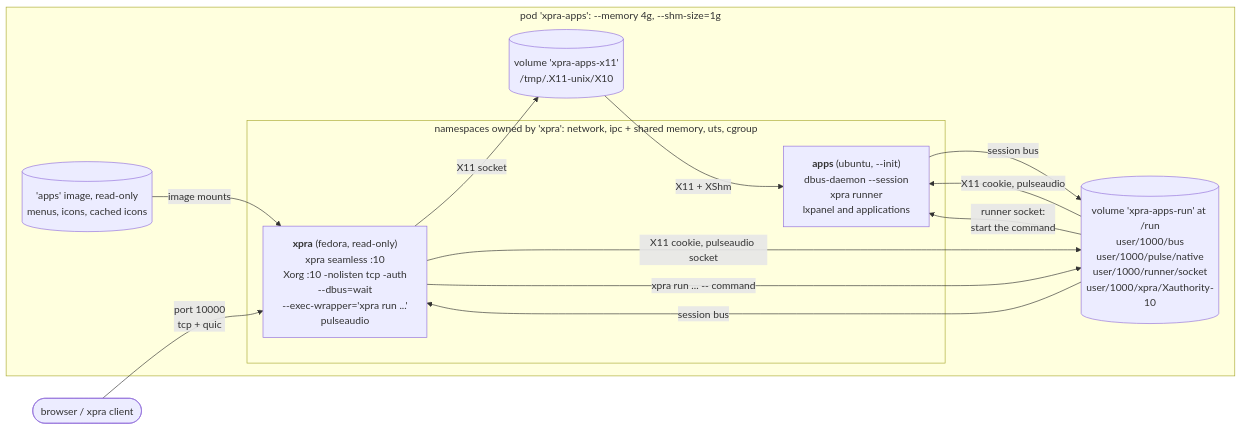
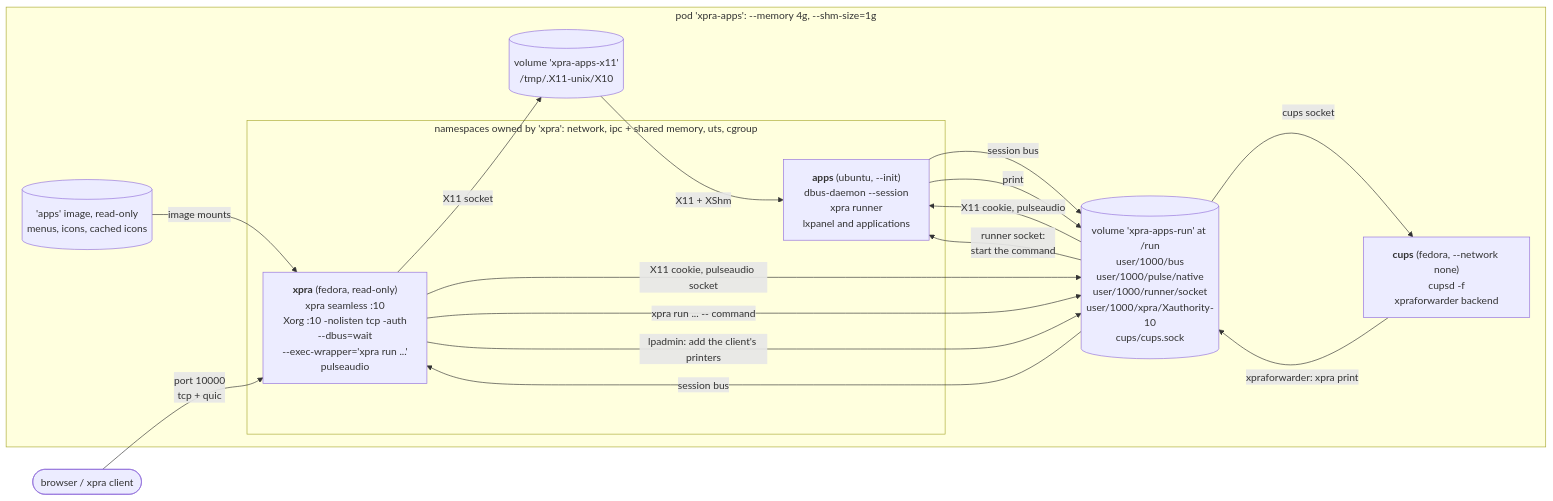
Before and after one commit to Xpra-org/xpra: the first of 3 diagrams in packaging/containers/podman/xpra-apps/README.md, drawn with Mermaid. The commit also changed other lines of this file and 12 other files, not shown here.

````diff
--- a/packaging/containers/podman/xpra-apps/README.md
+++ b/packaging/containers/podman/xpra-apps/README.md
@@ -17,25 +20,30 @@
 ```mermaid
 flowchart LR
     client(["browser / xpra client"])
 
     subgraph pod["pod 'xpra-apps': --memory 4g, --shm-size=1g"]
         subgraph ns["namespaces owned by 'xpra': network, ipc + shared memory, uts, cgroup"]
             xpra["<b>xpra</b> (fedora, read-only)<br/>xpra seamless :10<br/>Xorg :10 -nolisten tcp -auth<br/>--dbus=wait<br/>--exec-wrapper='xpra run ...'<br/>pulseaudio"]
             apps["<b>apps</b> (ubuntu, --init)<br/>dbus-daemon --session<br/>xpra runner<br/>lxpanel and applications"]
         end
+        cups["<b>cups</b> (fedora, --network none)<br/>cupsd -f<br/>xpraforwarder backend"]
         menus[("'apps' image, read-only<br/>menus, icons, cached icons")]
         x11[("volume 'xpra-apps-x11'<br/>/tmp/.X11-unix/X10")]
-        run[("volume 'xpra-apps-run' at /run<br/>user/1000/bus<br/>user/1000/pulse/native<br/>user/1000/runner/socket<br/>user/1000/xpra/Xauthority-10")]
+        run[("volume 'xpra-apps-run' at /run<br/>user/1000/bus<br/>user/1000/pulse/native<br/>user/1000/runner/socket<br/>user/1000/xpra/Xauthority-10<br/>cups/cups.sock")]
     end
 
     client -- "port 10000<br/>tcp + quic" --> xpra
     xpra -- "X11 socket" --> x11
     xpra -- "X11 cookie, pulseaudio socket" --> run
     x11 -- "X11 + XShm" --> apps
     apps -- "session bus" --> run
     run -- "session bus" --> xpra
     run -- "X11 cookie, pulseaudio" --> apps
     xpra -- "xpra run ... -- command" --> run
     run -- "runner socket:<br/>start the command" --> apps
     menus -- "image mounts" --> xpra
+    xpra -- "lpadmin: add the client's printers" --> run
+    apps -- "print" --> run
+    run -- "cups socket" --> cups
+    cups -- "xpraforwarder: xpra print" --> run
 ```
````
